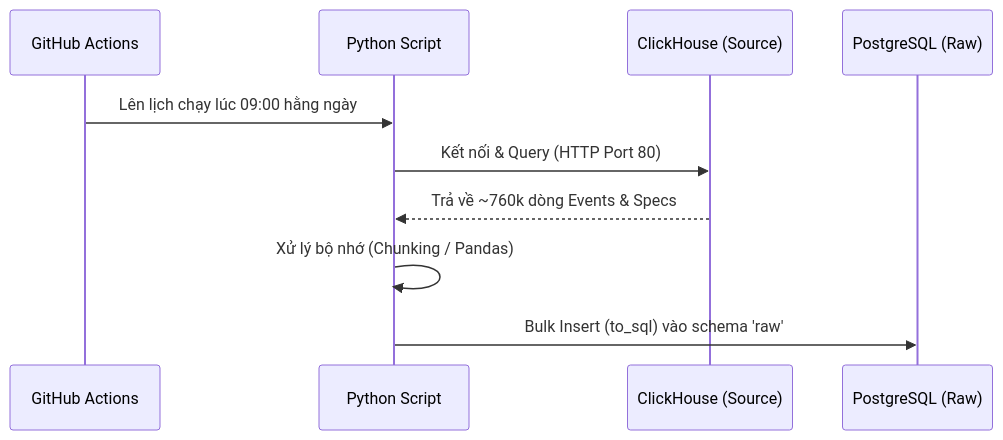
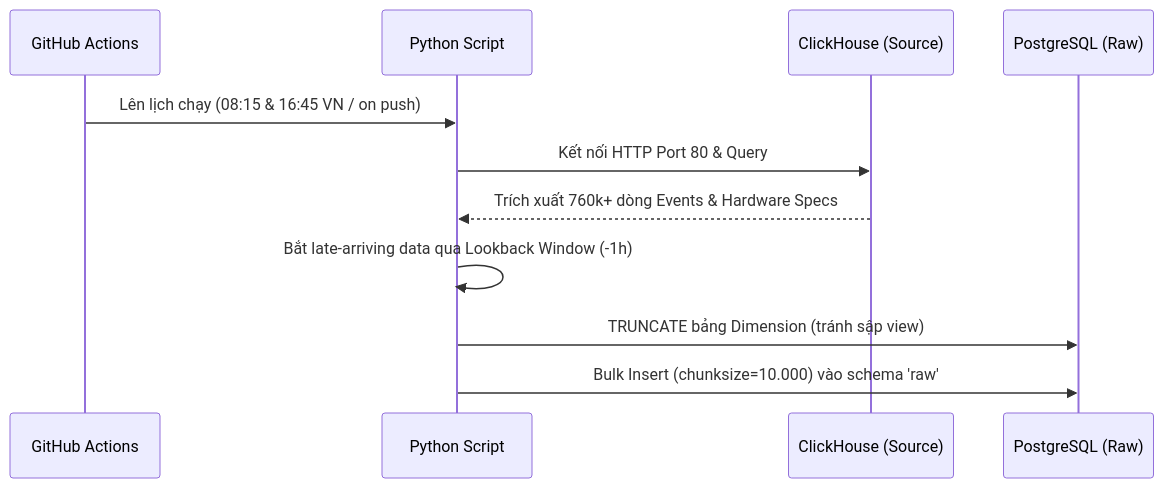
The second of 3 diagrams in README.md (PhucTruong11/laplaptech_pipeline), drawn with Mermaid before and after one commit. The commit also changed other lines of this file and 11 other files, not shown here.

````diff
--- a/README.md
+++ b/README.md
@@ -64,13 +63,14 @@
 ```mermaid
 sequenceDiagram
     participant GH as GitHub Actions
     participant PY as Python Script
     participant CH as ClickHouse (Source)
     participant PG as PostgreSQL (Raw)
 
-    GH->>PY: Lên lịch chạy lúc 09:00 hằng ngày
-    PY->>CH: Kết nối & Query (HTTP Port 80)
-    CH-->>PY: Trả về ~760k dòng Events & Specs
-    PY->>PY: Xử lý bộ nhớ (Chunking / Pandas)
-    PY->>PG: Bulk Insert (to_sql) vào schema 'raw'
+    GH->>PY: Lên lịch chạy (08:15 & 16:45 VN / on push)
+    PY->>CH: Kết nối HTTP Port 80 & Query
+    CH-->>PY: Trích xuất 760k+ dòng Events & Hardware Specs
+    PY->>PY: Bắt late-arriving data qua Lookback Window (-1h)
+    PY->>PG: TRUNCATE bảng Dimension (tránh sập view)
+    PY->>PG: Bulk Insert (chunksize=10.000) vào schema 'raw'
 ```
````
